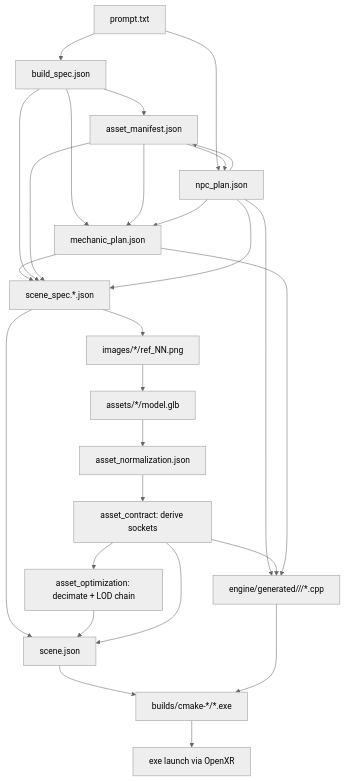
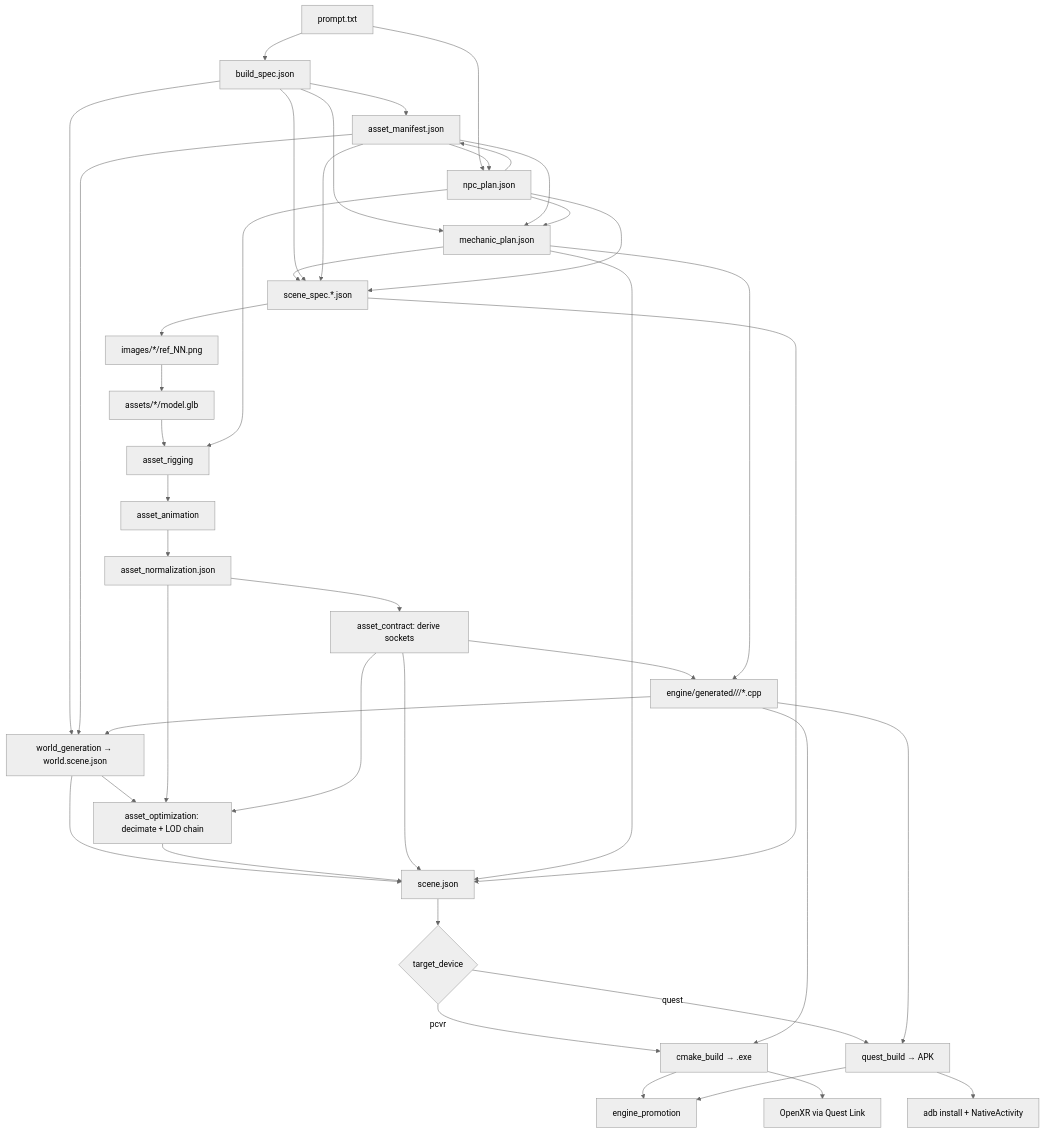
One commit to FriimanTech/Prompt-To-VR changed the diagram in docs/architecture.md. Above: the diagram before and after it, drawn with Mermaid (neutral theme). The commit also changed other lines of this file and 12 other files, not shown here.

````diff
--- a/docs/architecture.md
+++ b/docs/architecture.md
@@ -47,29 +46,44 @@
 ```mermaid
 flowchart TD
   Prompt[prompt.txt] --> BuildSpec[build_spec.json]
   BuildSpec --> AssetManifest[asset_manifest.json]
   Prompt --> NpcPlan[npc_plan.json]
   AssetManifest --> NpcPlan
   NpcPlan --> AssetManifest
   BuildSpec --> MechanicPlan[mechanic_plan.json]
   AssetManifest --> MechanicPlan
   NpcPlan --> MechanicPlan
   MechanicPlan --> SceneSpec[scene_spec.*.json]
   BuildSpec --> SceneSpec
   AssetManifest --> SceneSpec
   NpcPlan --> SceneSpec
-  NpcPlan --> CppGen
   SceneSpec --> Refs[images/*/ref_NN.png]
   Refs --> Tripo[assets/*/model.glb]
-  Tripo --> Normalize[asset_normalization.json]
+  Tripo --> Rigging[asset_rigging]
+  Rigging --> Animation[asset_animation]
+  Animation --> Normalize[asset_normalization.json]
+  NpcPlan --> Rigging
   Normalize --> Contract["asset_contract: derive sockets"]
-  Contract --> Optimize["asset_optimization: decimate + LOD chain"]
   Contract --> CppGen
   MechanicPlan --> CppGen["engine/generated/<kind>/<project_id>/*.cpp"]
-  SceneSpec --> SceneCompile[scene.json]
+  BuildSpec --> WorldGen
+  AssetManifest --> WorldGen
+  CppGen --> WorldGen[world_generation → world.scene.json]
+  WorldGen --> Optimize["asset_optimization: decimate + LOD chain"]
+  Normalize --> Optimize
+  Contract --> Optimize
+  WorldGen --> SceneCompile[scene.json]
   Optimize --> SceneCompile
   Contract --> SceneCompile
-  SceneCompile --> CMake[builds/cmake-*/*.exe]
+  MechanicPlan --> SceneCompile
+  SceneSpec --> SceneCompile
+  SceneCompile --> BuildTail{target_device}
+  BuildTail -->|pcvr| CMake[cmake_build → .exe]
+  BuildTail -->|quest| QuestApk[quest_build → APK]
   CppGen --> CMake
-  CMake --> Launch[exe launch via OpenXR]
+  CppGen --> QuestApk
+  CMake --> Promote[engine_promotion]
+  QuestApk --> Promote
+  CMake --> Launch[OpenXR via Quest Link]
+  QuestApk --> AdbLaunch[adb install + NativeActivity]
 ```
````
